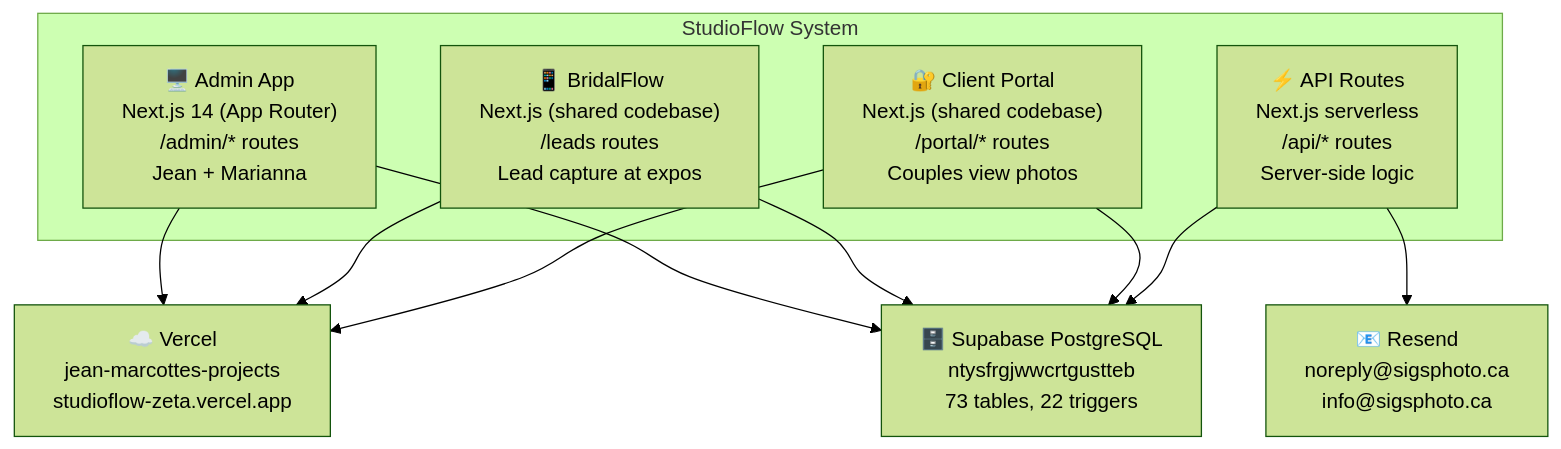
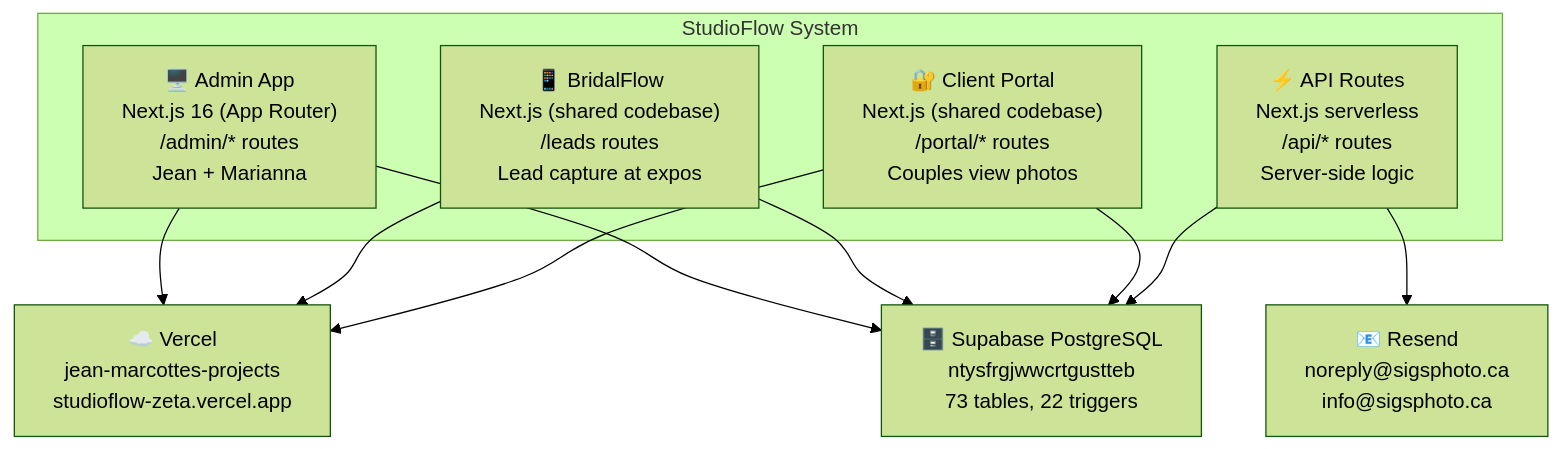
The second of 3 diagrams in docs/ARCHITECTURE.md (jeanmarcotte/studioflow), drawn with Mermaid (forest theme) before and after one commit. The commit also changed other lines of this file and 7 other files, not shown here.

````diff
--- a/docs/ARCHITECTURE.md
+++ b/docs/ARCHITECTURE.md
@@ -90,22 +90,22 @@
 ```mermaid
 graph TB
     subgraph StudioFlow ["StudioFlow System"]
-        Admin["🖥️ Admin App<br/>Next.js 14 (App Router)<br/>/admin/* routes<br/>Jean + Marianna"]
+        Admin["🖥️ Admin App<br/>Next.js 16 (App Router)<br/>/admin/* routes<br/>Jean + Marianna"]
         BridalFlow["📱 BridalFlow<br/>Next.js (shared codebase)<br/>/leads routes<br/>Lead capture at expos"]
         Portal["🔐 Client Portal<br/>Next.js (shared codebase)<br/>/portal/* routes<br/>Couples view photos"]
         API["⚡ API Routes<br/>Next.js serverless<br/>/api/* routes<br/>Server-side logic"]
     end
 
     DB["🗄️ Supabase PostgreSQL<br/>ntysfrgjwwcrtgustteb<br/>73 tables, 22 triggers"]
     Email["📧 Resend<br/>noreply@sigsphoto.ca<br/>info@sigsphoto.ca"]
     Host["☁️ Vercel<br/>jean-marcottes-projects<br/>studioflow-zeta.vercel.app"]
 
     Admin --> DB
     BridalFlow --> DB
     Portal --> DB
     API --> DB
     API --> Email
     Admin --> Host
     BridalFlow --> Host
     Portal --> Host
 ```
````
